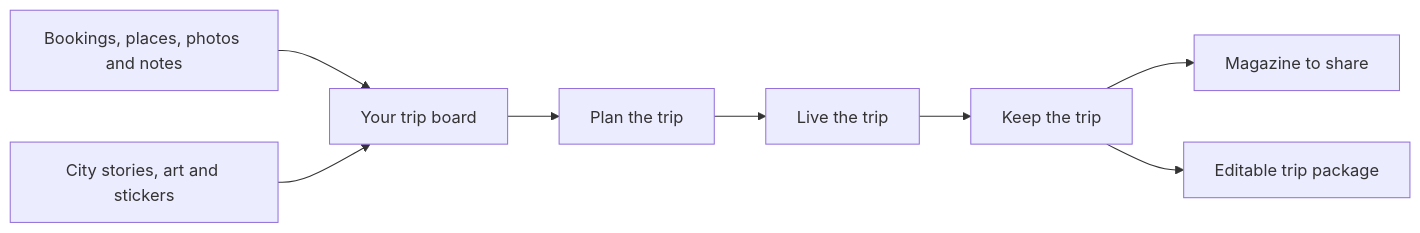
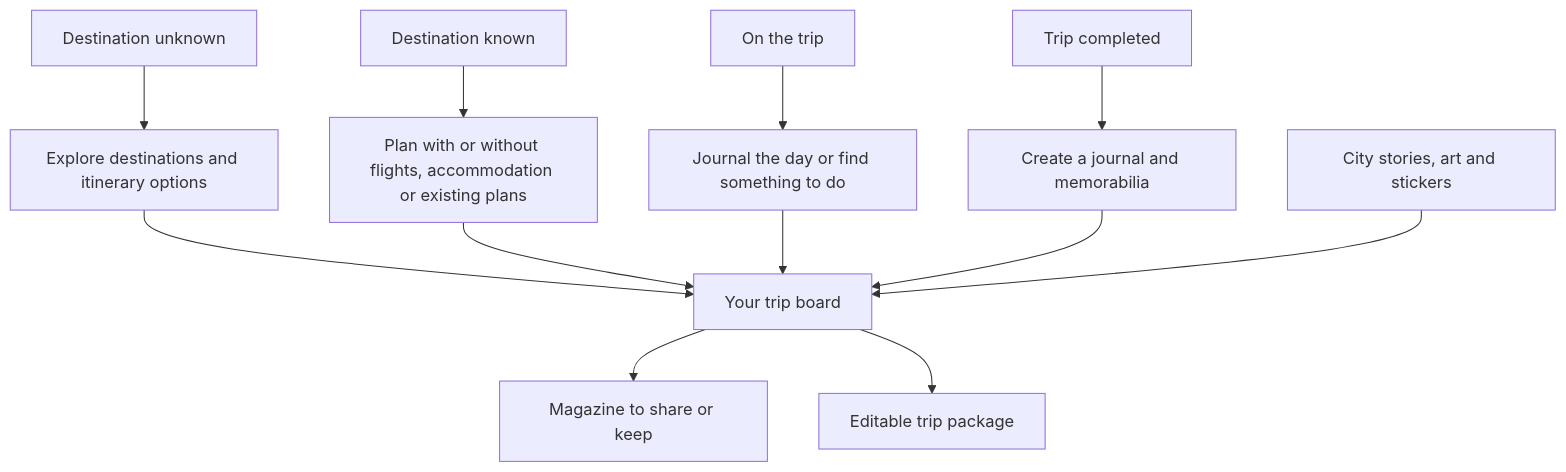
The first of 3 diagrams in README.md (alanism/ministry-of-tourism), drawn with Mermaid before and after one commit. The commit also changed other lines of this file, not shown here.

Commit message:
Show four traveler starting points in README diagrams

````diff
--- a/README.md
+++ b/README.md
@@ -36,10 +38,14 @@
 ```mermaid
-flowchart LR
-    A[Bookings, places, photos and notes] --> B[Your trip board]
-    C[City stories, art and stickers] --> B
-    B --> D[Plan the trip]
-    D --> E[Live the trip]
-    E --> F[Keep the trip]
-    F --> G[Magazine to share]
-    F --> H[Editable trip package]
+flowchart TB
+    A["Destination unknown"] --> A1["Explore destinations and itinerary options"]
+    B["Destination known"] --> B1["Plan with or without flights, accommodation or existing plans"]
+    C["On the trip"] --> C1["Journal the day or find something to do"]
+    D["Trip completed"] --> D1["Create a journal and memorabilia"]
+    A1 --> Board["Your trip board"]
+    B1 --> Board
+    C1 --> Board
+    D1 --> Board
+    FCC["City stories, art and stickers"] --> Board
+    Board --> Magazine["Magazine to share or keep"]
+    Board --> Package["Editable trip package"]
 ```
````
